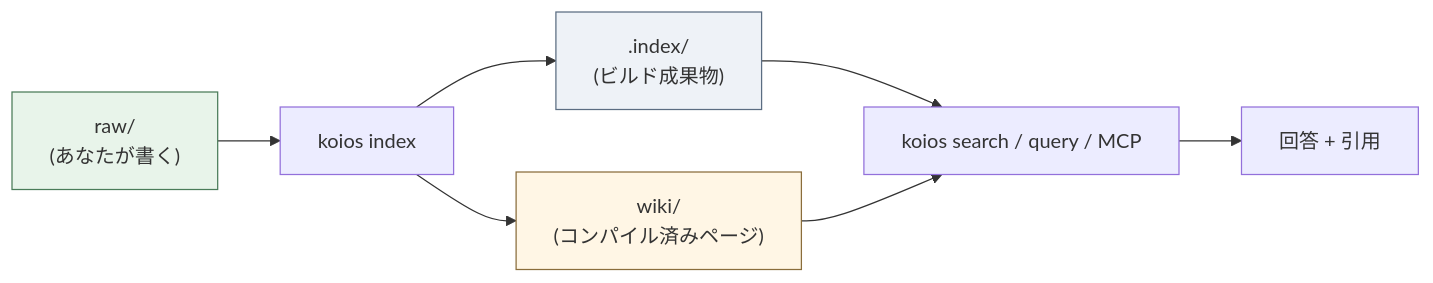
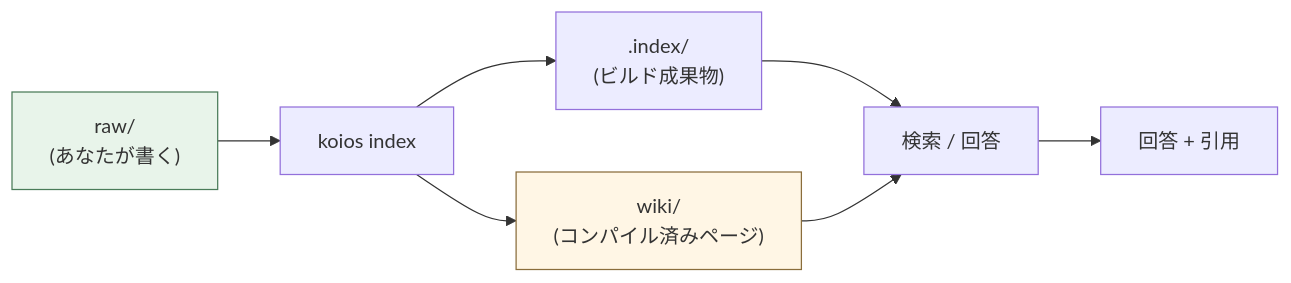
The first of 3 diagrams in docs/i18n/README.ja.md (DeepTrial/KoiosBase), drawn with Mermaid before and after one commit. The commit also changed other lines of this file and 8 other files, not shown here.

````diff
--- a/docs/i18n/README.ja.md
+++ b/docs/i18n/README.ja.md
@@ -37,12 +33,11 @@
 ```mermaid
 flowchart LR
     A["raw/<br/>(あなたが書く)"] --> B["koios index"]
     B --> C[".index/<br/>(ビルド成果物)"]
-    C --> D["koios search / query / MCP"]
+    C --> D["検索 / 回答"]
     D --> E["回答 + 引用"]
     B --> F["wiki/<br/>(コンパイル済みページ)"]
     F --> D
     style A fill:#e8f4ea,stroke:#4a7c59
-    style C fill:#eef2f7,stroke:#5b6d82
     style F fill:#fff6e5,stroke:#8a6d3b
 ```
````
